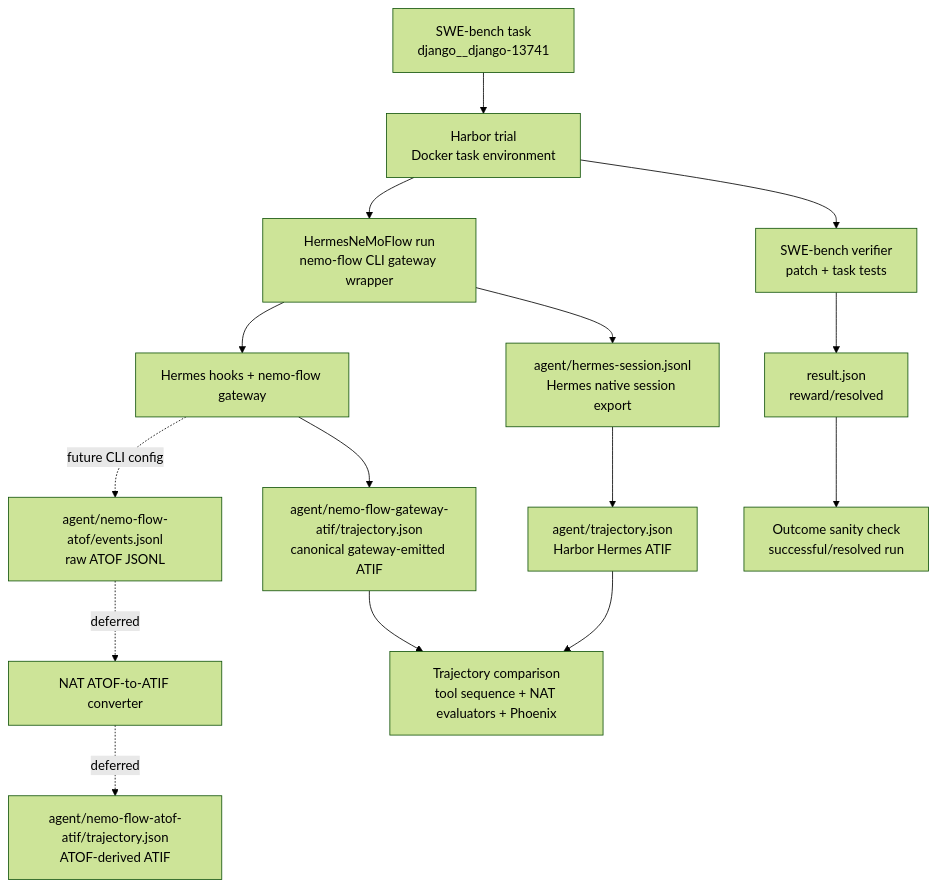
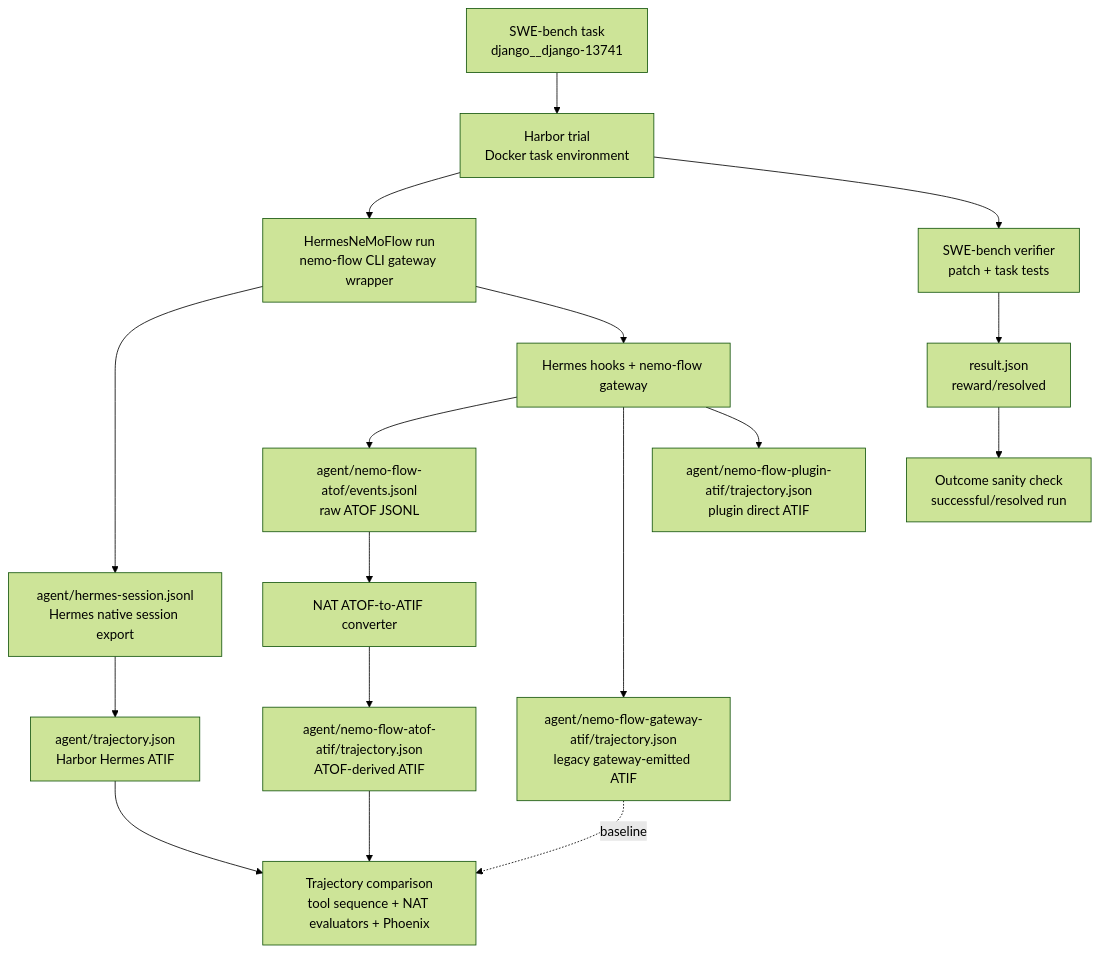
Before and after one commit to NVIDIA/NeMo-Agent-Toolkit: the diagram in packages/nvidia_nat_harbor/hermes-nemoflow-smoke.md, drawn with Mermaid (forest theme). The commit also changed other lines of this file and 2 other files, not shown here.

Commit message:
fix(hermes smoke): update hermes smoke test to use the new observability plugin from nemo-flow

````diff
--- a/packages/nvidia_nat_harbor/hermes-nemoflow-smoke.md
+++ b/packages/nvidia_nat_harbor/hermes-nemoflow-smoke.md
@@ -45,21 +37,23 @@
 ```mermaid
 flowchart TD
   task[SWE-bench task<br/>django__django-13741] --> harbor[Harbor trial<br/>Docker task environment]
 
   harbor --> run[HermesNeMoFlow run<br/>nemo-flow CLI gateway wrapper]
   run --> nativeSession[agent/hermes-session.jsonl<br/>Hermes native session export]
   nativeSession --> nativeAtif[agent/trajectory.json<br/>Harbor Hermes ATIF]
 
   run --> gatewayHooks[Hermes hooks + nemo-flow gateway]
-  gatewayHooks -. future CLI config .-> atof[agent/nemo-flow-atof/events.jsonl<br/>raw ATOF JSONL]
-  atof -. deferred .-> converter[NAT ATOF-to-ATIF converter]
-  converter -. deferred .-> nfAtif[agent/nemo-flow-atof-atif/trajectory.json<br/>ATOF-derived ATIF]
-  gatewayHooks --> gatewayAtif[agent/nemo-flow-gateway-atif/trajectory.json<br/>canonical gateway-emitted ATIF]
+  gatewayHooks --> atof[agent/nemo-flow-atof/events.jsonl<br/>raw ATOF JSONL]
+  atof --> converter[NAT ATOF-to-ATIF converter]
+  converter --> nfAtif[agent/nemo-flow-atof-atif/trajectory.json<br/>ATOF-derived ATIF]
+  gatewayHooks --> gatewayAtif[agent/nemo-flow-gateway-atif/trajectory.json<br/>legacy gateway-emitted ATIF]
+  gatewayHooks --> pluginAtif[agent/nemo-flow-plugin-atif/trajectory.json<br/>plugin direct ATIF]
 
   harbor --> swe[SWE-bench verifier<br/>patch + task tests]
   swe --> result[result.json<br/>reward/resolved]
 
   nativeAtif --> compare[Trajectory comparison<br/>tool sequence + NAT evaluators + Phoenix]
-  gatewayAtif --> compare
+  nfAtif --> compare
+  gatewayAtif -. baseline .-> compare
   result --> outcome[Outcome sanity check<br/>successful/resolved run]
 ```
````
